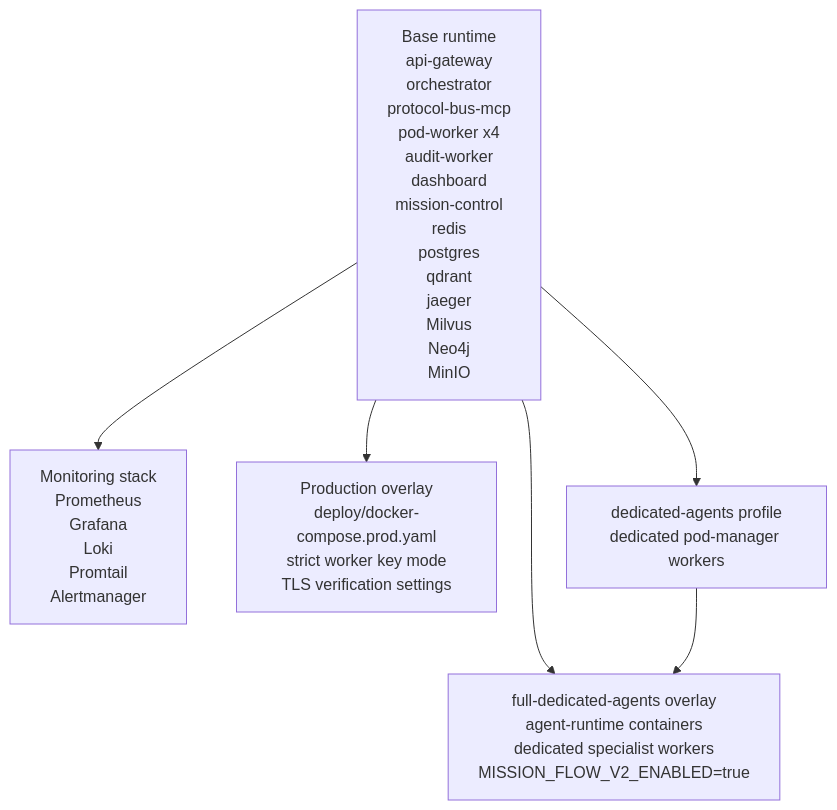
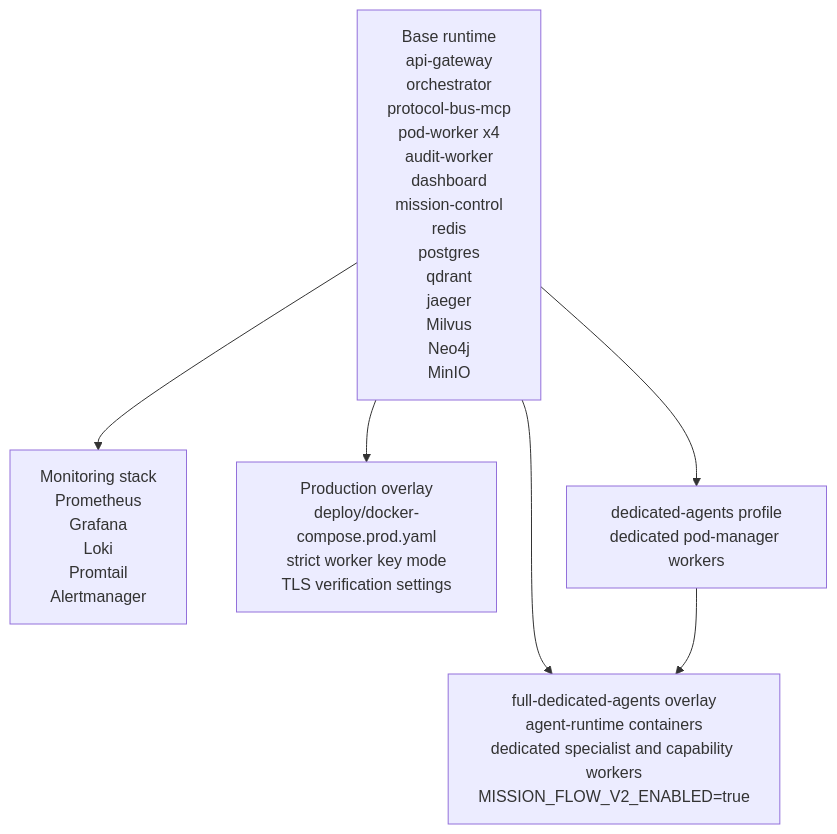
The seventh of 8 diagrams in docs/ARCHITECTURE_DIAGRAMS.md (kherrera6219/theFactory), drawn with Mermaid before and after one commit. The commit also changed other lines of this file and 11 other files, not shown here.

````diff
--- a/docs/ARCHITECTURE_DIAGRAMS.md
+++ b/docs/ARCHITECTURE_DIAGRAMS.md
@@ -348,14 +364,14 @@
 ```mermaid
 flowchart TB
     Base["Base runtime\napi-gateway\norchestrator\nprotocol-bus-mcp\npod-worker x4\naudit-worker\ndashboard\nmission-control\nredis\npostgres\nqdrant\njaeger\nMilvus\nNeo4j\nMinIO"]
     Monitoring["Monitoring stack\nPrometheus\nGrafana\nLoki\nPromtail\nAlertmanager"]
     Prod["Production overlay\ndeploy/docker-compose.prod.yaml\nstrict worker key mode\nTLS verification settings"]
     Dedicated["dedicated-agents profile\ndedicated pod-manager workers"]
-    FullDedicated["full-dedicated-agents overlay\nagent-runtime containers\ndedicated specialist workers\nMISSION_FLOW_V2_ENABLED=true"]
+    FullDedicated["full-dedicated-agents overlay\nagent-runtime containers\ndedicated specialist and capability workers\nMISSION_FLOW_V2_ENABLED=true"]
 
     Base --> Monitoring
     Base --> Prod
     Base --> Dedicated
     Base --> FullDedicated
     Dedicated --> FullDedicated
 ```
````
